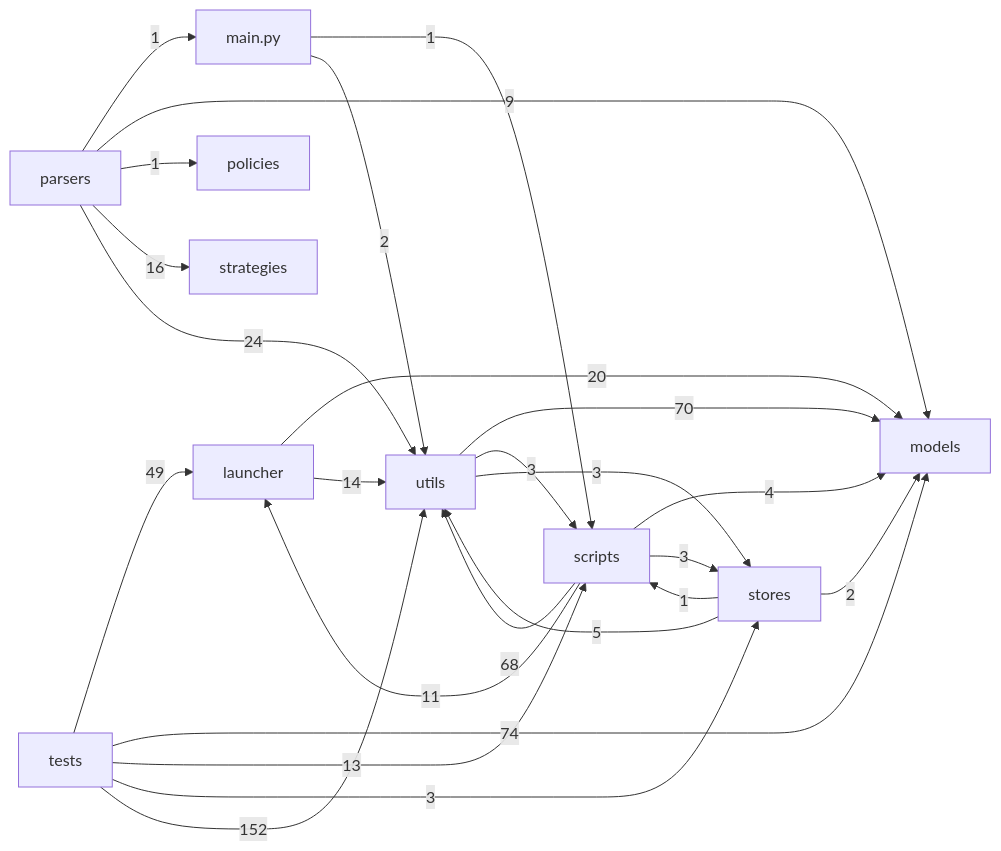
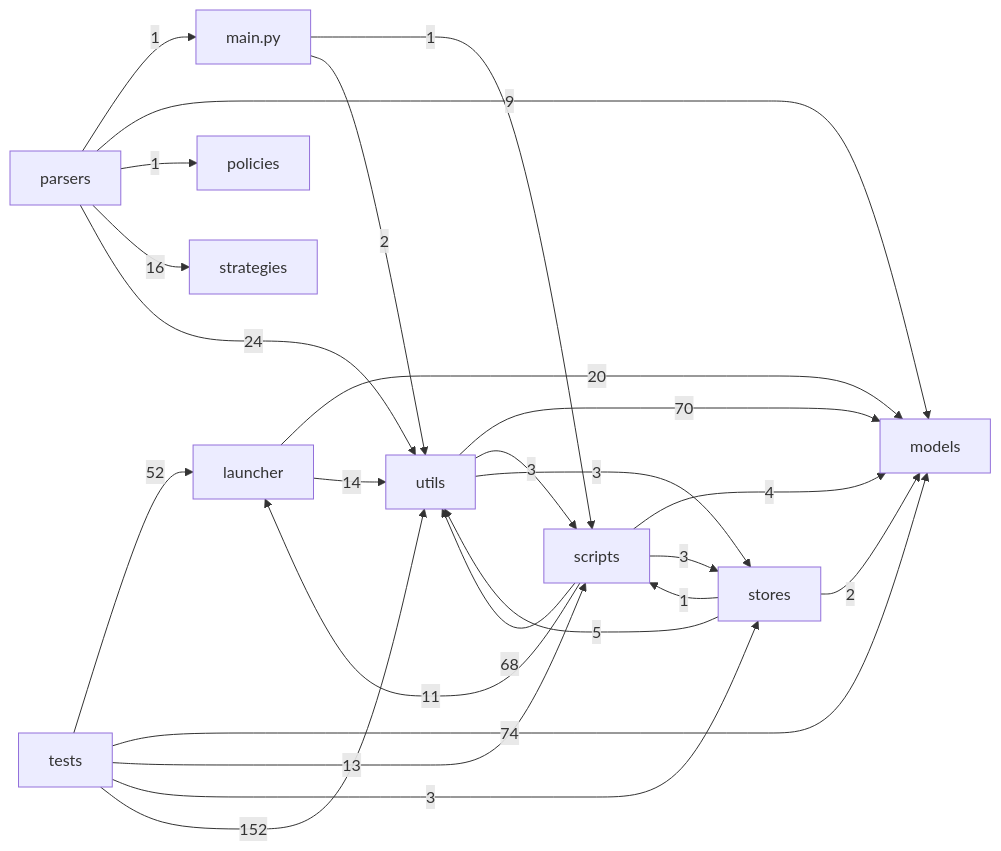
The sixth of 6 diagrams in docs/PROJECT_FILE_FLOW_MAP.md (Lyti4/ParserRIba), drawn with Mermaid before and after one commit. The commit also changed other lines of this file and 7 other files, not shown here.

````diff
--- a/docs/PROJECT_FILE_FLOW_MAP.md
+++ b/docs/PROJECT_FILE_FLOW_MAP.md
@@ -618,27 +618,27 @@
 ```mermaid
 flowchart LR
   n_launcher[launcher] -->|20| n_models[models]
   n_launcher[launcher] -->|14| n_utils[utils]
   n_main_py[main.py] -->|1| n_scripts[scripts]
   n_main_py[main.py] -->|2| n_utils[utils]
   n_parsers[parsers] -->|1| n_main_py[main.py]
   n_parsers[parsers] -->|9| n_models[models]
   n_parsers[parsers] -->|1| n_policies[policies]
   n_parsers[parsers] -->|16| n_strategies[strategies]
   n_parsers[parsers] -->|24| n_utils[utils]
   n_scripts[scripts] -->|11| n_launcher[launcher]
   n_scripts[scripts] -->|4| n_models[models]
   n_scripts[scripts] -->|3| n_stores[stores]
   n_scripts[scripts] -->|68| n_utils[utils]
   n_stores[stores] -->|2| n_models[models]
   n_stores[stores] -->|1| n_scripts[scripts]
   n_stores[stores] -->|5| n_utils[utils]
-  n_tests[tests] -->|49| n_launcher[launcher]
+  n_tests[tests] -->|52| n_launcher[launcher]
   n_tests[tests] -->|74| n_models[models]
   n_tests[tests] -->|13| n_scripts[scripts]
   n_tests[tests] -->|3| n_stores[stores]
   n_tests[tests] -->|152| n_utils[utils]
   n_utils[utils] -->|70| n_models[models]
   n_utils[utils] -->|3| n_scripts[scripts]
   n_utils[utils] -->|3| n_stores[stores]
 ```
````
